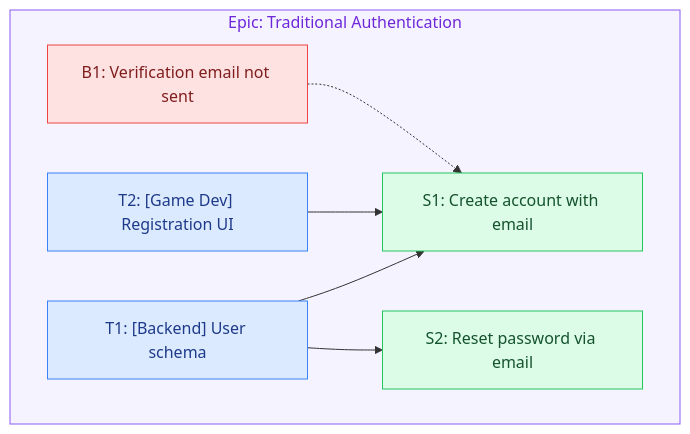
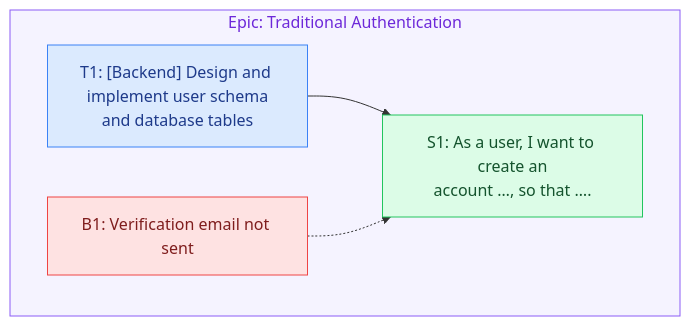
The diagram in skills/groomie/references/breakdown-guide.md (mfozmen/groomie), drawn with Mermaid before and after one commit. The commit also changed other lines of this file and 2 other files, not shown here.

First line of the commit message:
feat(groomie): mermaid diagram labels use full wrapped titles (#41)

````diff
--- a/skills/groomie/references/breakdown-guide.md
+++ b/skills/groomie/references/breakdown-guide.md
@@ -458,21 +474,17 @@
 ```mermaid
 flowchart TD
   subgraph epic1["Epic: Traditional Authentication"]
-    S1["S1: Create account with email"]
-    S2["S2: Reset password via email"]
-    T1["T1: [Backend] User schema"]
-    T2["T2: [Game Dev] Registration UI"]
+    S1["S1: As a user, I want to create an<br/>account …, so that …."]
+    T1["T1: [Backend] Design and implement user schema<br/>and database tables"]
     B1["B1: Verification email not sent"]
   end
   T1 --> S1
-  T1 --> S2
-  T2 --> S1
   B1 -.-> S1
   classDef story fill:#dcfce7,stroke:#22c55e,color:#14532d;
   classDef task  fill:#dbeafe,stroke:#3b82f6,color:#1e3a8a;
   classDef bug   fill:#fee2e2,stroke:#ef4444,color:#7f1d1d;
-  class S1,S2 story;
-  class T1,T2 task;
+  class S1 story;
+  class T1 task;
   class B1 bug;
   style epic1 fill:#f5f3ff,stroke:#8b5cf6,color:#6d28d9;
 ```
````
